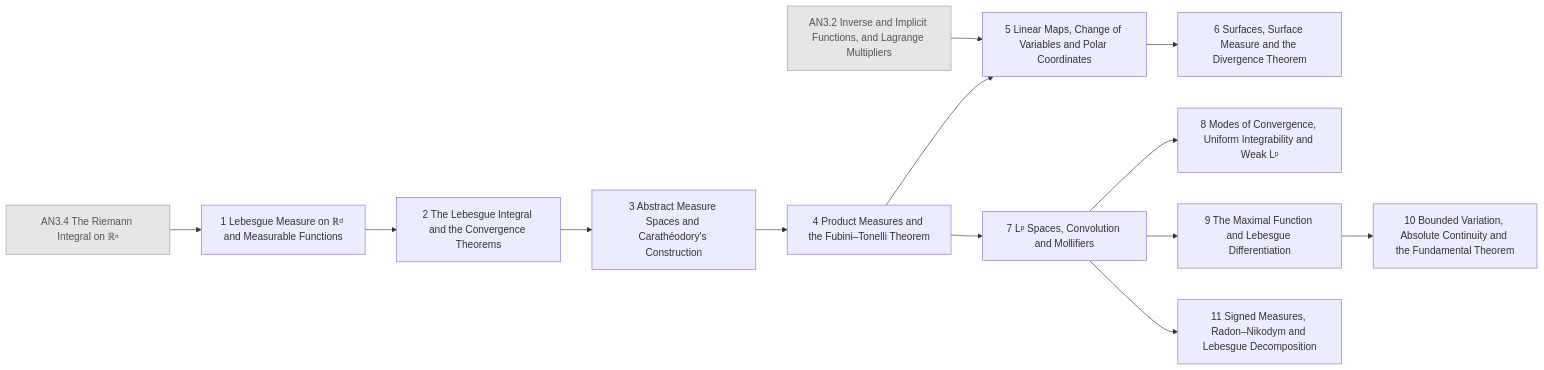
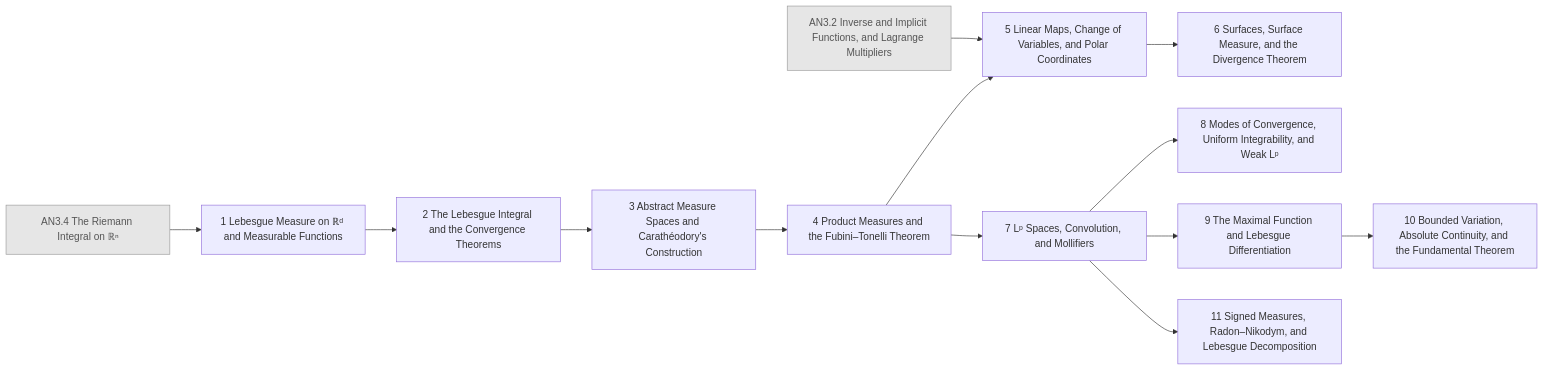
Diagram 16 of 26 in generated/README.md (AkizumiFox/math-atlas), drawn with Mermaid before and after one commit. The commit also changed other lines of this file and 24 other files, not shown here.

````diff
--- a/generated/README.md
+++ b/generated/README.md
@@ -472,31 +472,31 @@
 ```mermaid
 flowchart LR
   AN3_2["AN3.2 Inverse and Implicit Functions, and Lagrange Multipliers"]:::ext
   AN3_4["AN3.4 The Riemann Integral on ℝⁿ"]:::ext
   MT_1["1 Lebesgue Measure on ℝᵈ and Measurable Functions"]
   MT_2["2 The Lebesgue Integral and the Convergence Theorems"]
   MT_3["3 Abstract Measure Spaces and Carathéodory's Construction"]
   MT_4["4 Product Measures and the Fubini–Tonelli Theorem"]
-  MT_5["5 Linear Maps, Change of Variables and Polar Coordinates"]
-  MT_6["6 Surfaces, Surface Measure and the Divergence Theorem"]
-  MT_7["7 Lᵖ Spaces, Convolution and Mollifiers"]
-  MT_8["8 Modes of Convergence, Uniform Integrability and Weak Lᵖ"]
+  MT_5["5 Linear Maps, Change of Variables, and Polar Coordinates"]
+  MT_6["6 Surfaces, Surface Measure, and the Divergence Theorem"]
+  MT_7["7 Lᵖ Spaces, Convolution, and Mollifiers"]
+  MT_8["8 Modes of Convergence, Uniform Integrability, and Weak Lᵖ"]
   MT_9["9 The Maximal Function and Lebesgue Differentiation"]
-  MT_10["10 Bounded Variation, Absolute Continuity and the Fundamental Theorem"]
-  MT_11["11 Signed Measures, Radon–Nikodym and Lebesgue Decomposition"]
+  MT_10["10 Bounded Variation, Absolute Continuity, and the Fundamental Theorem"]
+  MT_11["11 Signed Measures, Radon–Nikodym, and Lebesgue Decomposition"]
   AN3_4 --> MT_1
   MT_1 --> MT_2
   MT_2 --> MT_3
   MT_3 --> MT_4
   AN3_2 --> MT_5
   MT_4 --> MT_5
   MT_5 --> MT_6
   MT_4 --> MT_7
   MT_7 --> MT_8
   MT_7 --> MT_9
   MT_9 --> MT_10
   MT_7 --> MT_11
   classDef ext fill:#e6e6e6,stroke:#999,color:#555
   classDef opt fill:#fff,stroke:#999,stroke-dasharray:4 3,color:#555
   classDef segb fill:#f6f6fb,stroke:#99a,color:#333
 ```
````
